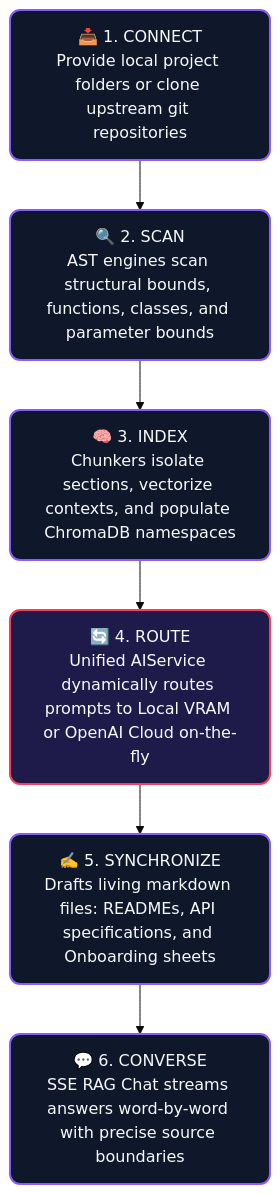
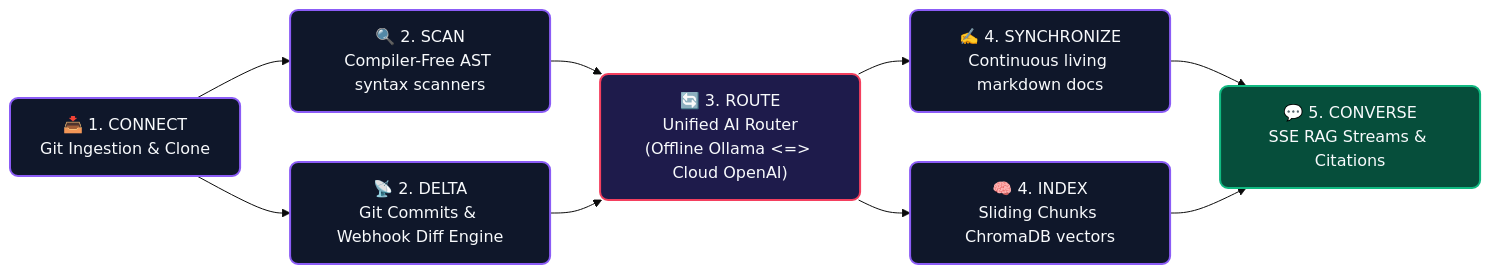
One commit to bhaskar241106/Doc-Doctor changed the first of 2 diagrams in README.md. Above: the diagram before and after it, drawn with Mermaid (base theme).

Commit message:
style: update Core Intelligence Loop flowchart to horizontal split-merge Mermaid diagram

````diff
--- a/README.md
+++ b/README.md
@@ -25,18 +25,20 @@
 ```mermaid
-flowchart TD
-    classDef step fill:#0f172a,stroke:#8b5cf6,stroke-width:2px,color:#f8fafc,rx:10px,ry:10px;
-    classDef highlight fill:#1e1b4b,stroke:#f43f5e,stroke-width:2px,color:#f8fafc,rx:10px,ry:10px;
+flowchart LR
+    classDef stage fill:#0f172a,stroke:#8b5cf6,stroke-width:2px,color:#f8fafc,rx:8px,ry:8px;
+    classDef route fill:#1e1b4b,stroke:#f43f5e,stroke-width:2px,color:#f8fafc,rx:8px,ry:8px;
+    classDef endNode fill:#064e3b,stroke:#10b981,stroke-width:2px,color:#f8fafc,rx:8px,ry:8px;
 
-    step1["📥 1. CONNECT<br>Provide local project folders or clone upstream git repositories"]:::step
-    step2["🔍 2. SCAN<br>AST engines scan structural bounds, functions, classes, and parameter bounds"]:::step
-    step3["🧠 3. INDEX<br>Chunkers isolate sections, vectorize contexts, and populate ChromaDB namespaces"]:::step
-    step4["🔄 4. ROUTE<br>Unified AIService dynamically routes prompts to Local VRAM or OpenAI Cloud on-the-fly"]:::highlight
-    step5["✍️ 5. SYNCHRONIZE<br>Drafts living markdown files: READMEs, API specifications, and Onboarding sheets"]:::step
-    step6["💬 6. CONVERSE<br>SSE RAG Chat streams answers word-by-word with precise source boundaries"]:::step
+    startNode["📥 1. CONNECT<br>Git Ingestion & Clone"]:::stage
 
-    step1 --> step2
-    step2 --> step3
-    step3 --> step4
-    step4 --> step5
-    step5 --> step6
+    startNode --> AST["🔍 2. SCAN<br>Compiler-Free AST syntax scanners"]:::stage
+    startNode --> GitDiff["📡 2. DELTA<br>Git Commits & Webhook Diff Engine"]:::stage
+
+    AST --> Router["🔄 3. ROUTE<br>Unified AI Router<br>(Offline Ollama &lt;=&gt; Cloud OpenAI)"]:::route
+    GitDiff --> Router
+
+    Router --> Docs["✍️ 4. SYNCHRONIZE<br>Continuous living markdown docs"]:::stage
+    Router --> Embed["🧠 4. INDEX<br>Sliding Chunks ChromaDB vectors"]:::stage
+
+    Docs --> chat["💬 5. CONVERSE<br>SSE RAG Streams & Citations"]:::endNode
+    Embed --> chat
 ```
````
